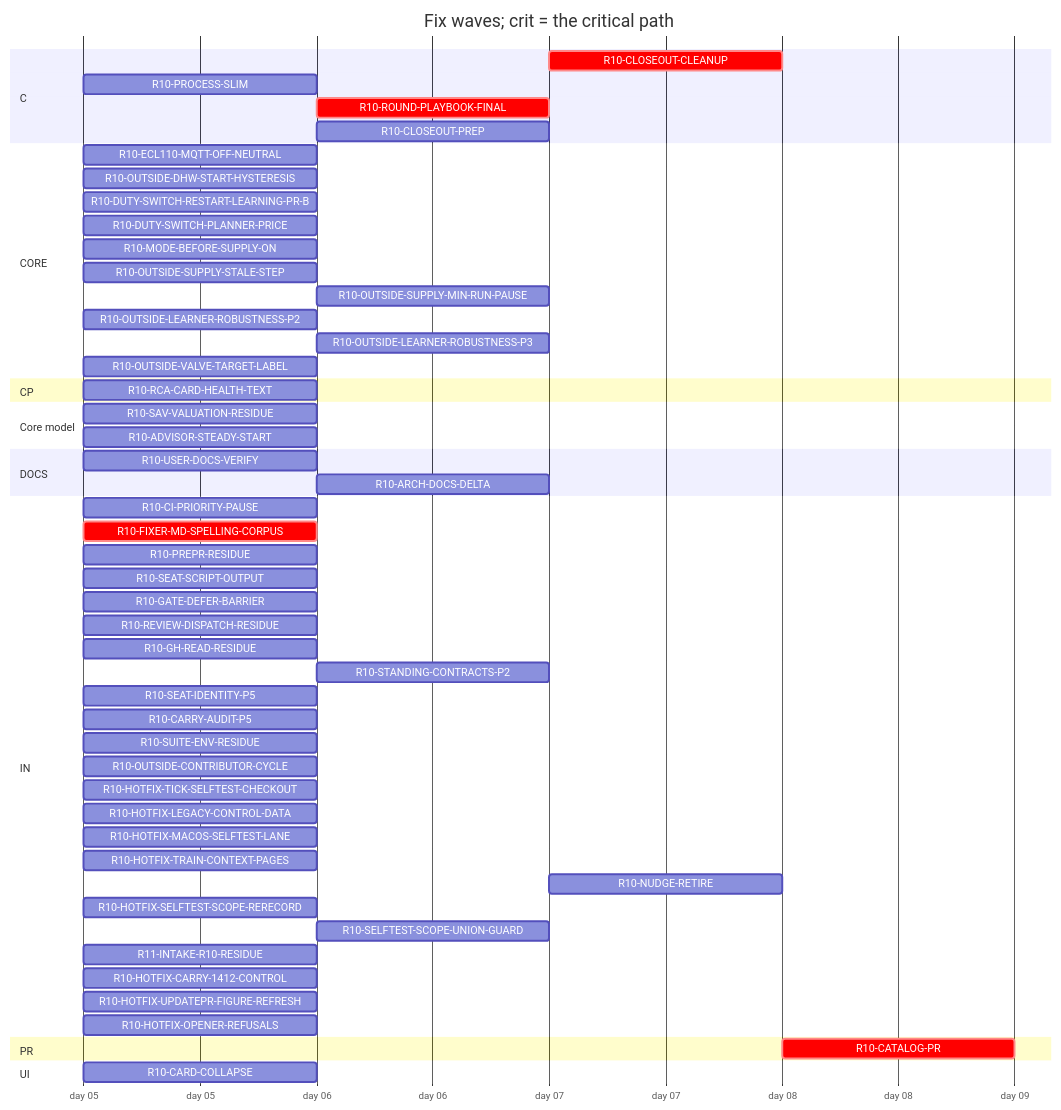
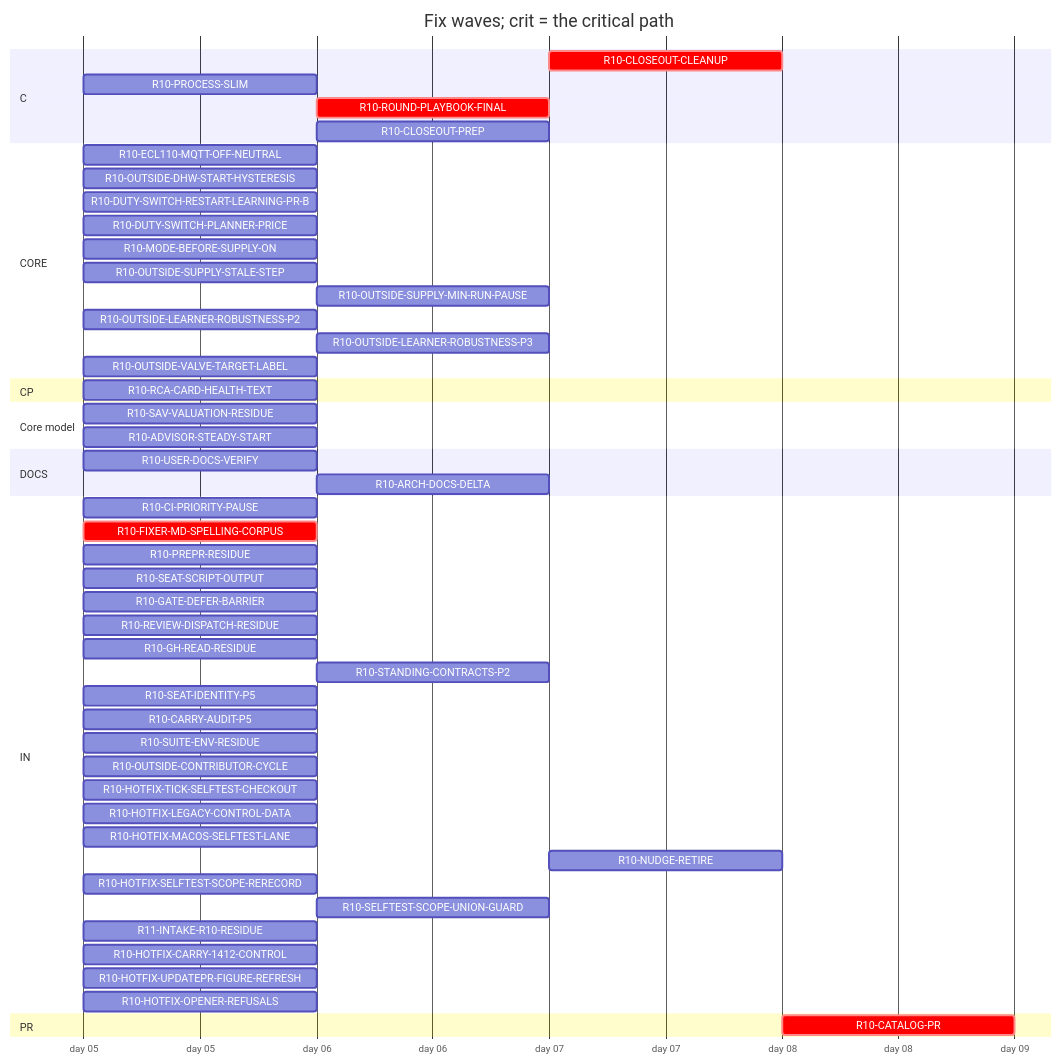
One commit to tvofi/heatpump_optimizer changed the diagram in handoff/round10/state/PLAN-TABLE.md. Above: the diagram before and after it, drawn with Mermaid. The commit also changed other lines of this file and 3 other files, not shown here.

Commit message:
state: FLOW-BOARD.md, NEXT-SESSION-PROMPT.md, PLAN-TABLE.md, RESUME-CURRENT.md regenerated (state_docs.py)

````diff
--- a/handoff/round10/state/PLAN-TABLE.md
+++ b/handoff/round10/state/PLAN-TABLE.md
@@ -21,58 +20,55 @@
 ```mermaid
 gantt
   title Fix waves; crit = the critical path
   dateFormat YYYY-MM-DD
   axisFormat day %d
   section C
     R10-CLOSEOUT-CLEANUP :crit, r10CLOSEOUTCLEANUP, after r10USERDOCSVERIFY r10ROUNDPLAYBOOKFINAL r10CLOSEOUTPREP r10ARCHDOCSDELTA, 1d
     R10-PROCESS-SLIM :r10PROCESSSLIM, 2026-01-05, 1d
     R10-ROUND-PLAYBOOK-FINAL :crit, r10ROUNDPLAYBOOKFINAL, after r10FIXERMDSPELLINGCORPUS, 1d
     R10-CLOSEOUT-PREP :r10CLOSEOUTPREP, after r10FIXERMDSPELLINGCORPUS, 1d
   section CORE
     R10-ECL110-MQTT-OFF-NEUTRAL :r10ECL110MQTTOFFNEUTRAL, 2026-01-05, 1d
     R10-OUTSIDE-DHW-START-HYSTERESIS :r10OUTSIDEDHWSTARTHYSTERESIS, 2026-01-05, 1d
     R10-DUTY-SWITCH-RESTART-LEARNING-PR-B :r10DUTYSWITCHRESTARTLEARNINGPRB, 2026-01-05, 1d
     R10-DUTY-SWITCH-PLANNER-PRICE :r10DUTYSWITCHPLANNERPRICE, 2026-01-05, 1d
     R10-MODE-BEFORE-SUPPLY-ON :r10MODEBEFORESUPPLYON, 2026-01-05, 1d
     R10-OUTSIDE-SUPPLY-STALE-STEP :r10OUTSIDESUPPLYSTALESTEP, 2026-01-05, 1d
     R10-OUTSIDE-SUPPLY-MIN-RUN-PAUSE :r10OUTSIDESUPPLYMINRUNPAUSE, after r10OUTSIDESUPPLYSTALESTEP, 1d
     R10-OUTSIDE-LEARNER-ROBUSTNESS-P2 :r10OUTSIDELEARNERROBUSTNESSP2, 2026-01-05, 1d
     R10-OUTSIDE-LEARNER-ROBUSTNESS-P3 :r10OUTSIDELEARNERROBUSTNESSP3, after r10OUTSIDELEARNERROBUSTNESSP2, 1d
     R10-OUTSIDE-VALVE-TARGET-LABEL :r10OUTSIDEVALVETARGETLABEL, 2026-01-05, 1d
   section CP
     R10-RCA-CARD-HEALTH-TEXT :r10RCACARDHEALTHTEXT, 2026-01-05, 1d
   section Core model
     R10-SAV-VALUATION-RESIDUE :r10SAVVALUATIONRESIDUE, 2026-01-05, 1d
     R10-ADVISOR-STEADY-START :r10ADVISORSTEADYSTART, 2026-01-05, 1d
   section DOCS
     R10-USER-DOCS-VERIFY :r10USERDOCSVERIFY, 2026-01-05, 1d
     R10-ARCH-DOCS-DELTA :r10ARCHDOCSDELTA, after r10SAVVALUATIONRESIDUE r10ADVISORSTEADYSTART r10PROCESSSLIM, 1d
   section IN
     R10-CI-PRIORITY-PAUSE :r10CIPRIORITYPAUSE, 2026-01-05, 1d
     R10-FIXER-MD-SPELLING-CORPUS :crit, r10FIXERMDSPELLINGCORPUS, 2026-01-05, 1d
     R10-PREPR-RESIDUE :r10PREPRRESIDUE, 2026-01-05, 1d
     R10-SEAT-SCRIPT-OUTPUT :r10SEATSCRIPTOUTPUT, 2026-01-05, 1d
     R10-GATE-DEFER-BARRIER :r10GATEDEFERBARRIER, 2026-01-05, 1d
     R10-REVIEW-DISPATCH-RESIDUE :r10REVIEWDISPATCHRESIDUE, 2026-01-05, 1d
     R10-GH-READ-RESIDUE :r10GHREADRESIDUE, 2026-01-05, 1d
     R10-STANDING-CONTRACTS-P2 :r10STANDINGCONTRACTSP2, after r10FIXERMDSPELLINGCORPUS, 1d
     R10-SEAT-IDENTITY-P5 :r10SEATIDENTITYP5, 2026-01-05, 1d
     R10-CARRY-AUDIT-P5 :r10CARRYAUDITP5, 2026-01-05, 1d
     R10-SUITE-ENV-RESIDUE :r10SUITEENVRESIDUE, 2026-01-05, 1d
     R10-OUTSIDE-CONTRIBUTOR-CYCLE :r10OUTSIDECONTRIBUTORCYCLE, 2026-01-05, 1d
     R10-HOTFIX-TICK-SELFTEST-CHECKOUT :r10HOTFIXTICKSELFTESTCHECKOUT, 2026-01-05, 1d
     R10-HOTFIX-LEGACY-CONTROL-DATA :r10HOTFIXLEGACYCONTROLDATA, 2026-01-05, 1d
     R10-HOTFIX-MACOS-SELFTEST-LANE :r10HOTFIXMACOSSELFTESTLANE, 2026-01-05, 1d
-    R10-HOTFIX-TRAIN-CONTEXT-PAGES :r10HOTFIXTRAINCONTEXTPAGES, 2026-01-05, 1d
     R10-NUDGE-RETIRE :r10NUDGERETIRE, after r10ROUNDPLAYBOOKFINAL, 1d
     R10-HOTFIX-SELFTEST-SCOPE-RERECORD :r10HOTFIXSELFTESTSCOPERERECORD, 2026-01-05, 1d
     R10-SELFTEST-SCOPE-UNION-GUARD :r10SELFTESTSCOPEUNIONGUARD, after r10HOTFIXSELFTESTSCOPERERECORD, 1d
     R11-INTAKE-R10-RESIDUE :r11INTAKER10RESIDUE, 2026-01-05, 1d
     R10-HOTFIX-CARRY-1412-CONTROL :r10HOTFIXCARRY1412CONTROL, 2026-01-05, 1d
     R10-HOTFIX-UPDATEPR-FIGURE-REFRESH :r10HOTFIXUPDATEPRFIGUREREFRESH, 2026-01-05, 1d
     R10-HOTFIX-OPENER-REFUSALS :r10HOTFIXOPENERREFUSALS, 2026-01-05, 1d
   section PR
     R10-CATALOG-PR :crit, r10CATALOGPR, after r10USERDOCSVERIFY r10ROUNDPLAYBOOKFINAL r10CLOSEOUTCLEANUP r10CLOSEOUTPREP r10ARCHDOCSDELTA, 1d
-  section UI
-    R10-CARD-COLLAPSE :r10CARDCOLLAPSE, 2026-01-05, 1d
 ```
````
